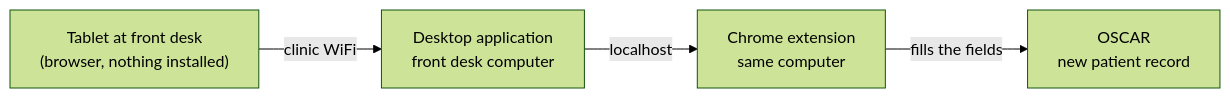
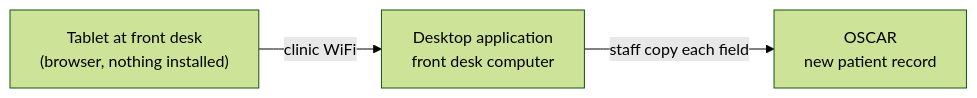
Before and after one commit to Vishnu373/asmart-autofill: the first of 3 diagrams in docs/design.md, drawn with Mermaid (forest theme). The commit also changed other lines of this file and 68 other files, not shown here.

````diff
--- a/docs/design.md
+++ b/docs/design.md
@@ -129,11 +128,9 @@
 ```mermaid
 flowchart LR
     T["Tablet at front desk<br/>(browser, nothing installed)"]
     A["Desktop application<br/>front desk computer"]
-    E["Chrome extension<br/>same computer"]
     O["OSCAR<br/>new patient record"]
 
     T -->|"clinic WiFi"| A
-    A -->|"localhost"| E
-    E -->|"fills the fields"| O
+    A -->|"staff copy each field"| O
 ```
````
